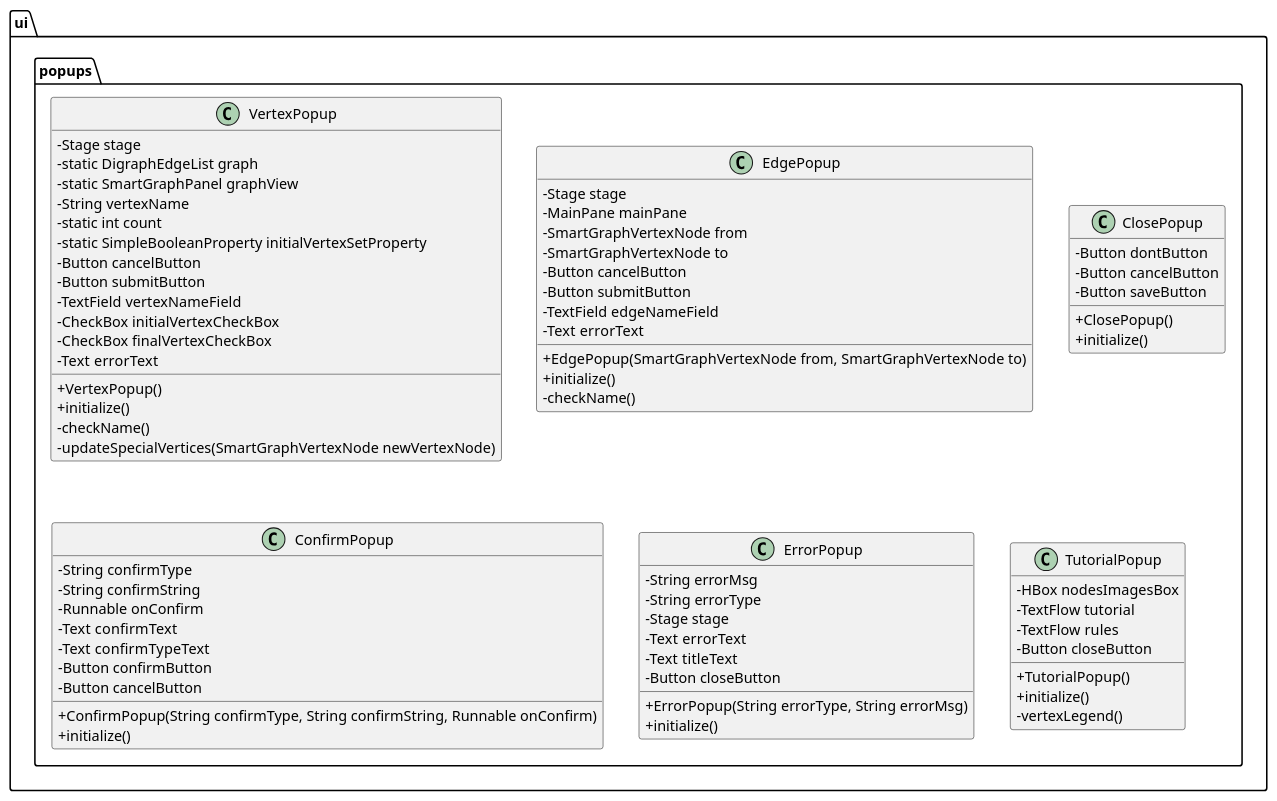
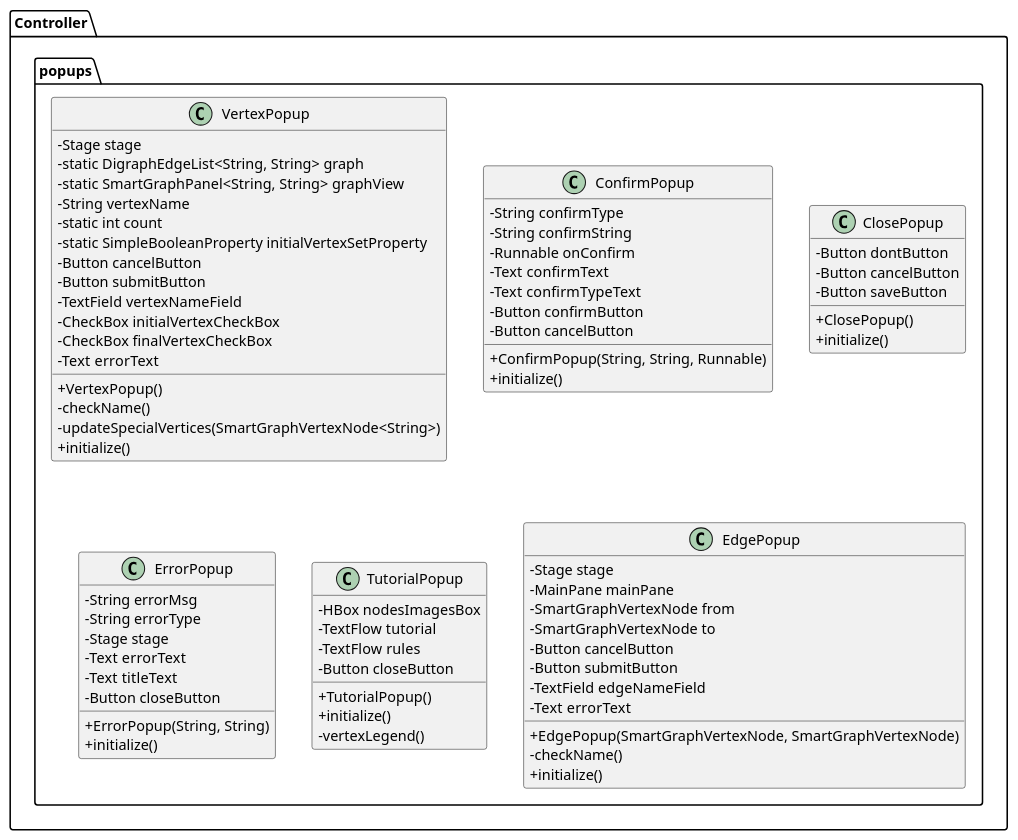
Before and after one commit to ZenoBogoni/Word-Automata: the diagram in plantUML/Popups.puml, drawn with PlantUML. The commit also changed 11 other files, not shown here.

```diff
--- a/plantUML/Popups.puml
+++ b/plantUML/Popups.puml
@@ -1,76 +1,78 @@
 @startuml
 
-package ui.popups {
+package Controller.popups {
    skinparam classAttributeIconSize 0
-    class VertexPopup {
-        - Stage stage
-        - static DigraphEdgeList graph
-        - static SmartGraphPanel graphView
-        - String vertexName
-        - static int count
-        - static SimpleBooleanProperty initialVertexSetProperty
-        - Button cancelButton
-        - Button submitButton
-        - TextField vertexNameField
-        - CheckBox initialVertexCheckBox
-        - CheckBox finalVertexCheckBox
-        - Text errorText
-        + VertexPopup()
-        + initialize()
-        - checkName()
-        - updateSpecialVertices(SmartGraphVertexNode newVertexNode)
-    }
-    class EdgePopup {
-        - Stage stage
-        - MainPane mainPane
-        - SmartGraphVertexNode from
-        - SmartGraphVertexNode to
-        - Button cancelButton
-        - Button submitButton
-        - TextField edgeNameField
-        - Text errorText
-        + EdgePopup(SmartGraphVertexNode from, SmartGraphVertexNode to)
-        + initialize()
-        - checkName()
-    }   
-    class ClosePopup {
-        - Button dontButton
-        - Button cancelButton
-        - Button saveButton
-        + ClosePopup()
-        + initialize()
-    }
-    class ConfirmPopup {
-        - String confirmType
-        - String confirmString
-        - Runnable onConfirm
-        - Text confirmText
-        - Text confirmTypeText
-        - Button confirmButton
-        - Button cancelButton
-        + ConfirmPopup(String confirmType, String confirmString, Runnable onConfirm)
-        + initialize()
-    } 
-    class ErrorPopup {
-        - String errorMsg
-        - String errorType
-        - Stage stage
-        - Text errorText
-        - Text titleText
-        - Button closeButton
-        + ErrorPopup(String errorType, String errorMsg)
-        + initialize()
-    }
-    class TutorialPopup {
-        - HBox nodesImagesBox
-        - TextFlow tutorial
-        - TextFlow rules
-        - Button closeButton
-        + TutorialPopup()
-        + initialize()
-        - vertexLegend()
-    }
     
+class VertexPopup {
+    - Stage stage
+    - static DigraphEdgeList<String, String> graph
+    - static SmartGraphPanel<String, String> graphView
+    - String vertexName
+    - static int count
+    - static SimpleBooleanProperty initialVertexSetProperty
+    - Button cancelButton
+    - Button submitButton
+    - TextField vertexNameField
+    - CheckBox initialVertexCheckBox
+    - CheckBox finalVertexCheckBox
+    - Text errorText
+    + VertexPopup()
+    - checkName()
+    - updateSpecialVertices(SmartGraphVertexNode<String>)
+    + initialize()
+}
+class ConfirmPopup {
+    - String confirmType
+    - String confirmString
+    - Runnable onConfirm
+    - Text confirmText
+    - Text confirmTypeText
+    - Button confirmButton
+    - Button cancelButton
+    + ConfirmPopup(String, String, Runnable)
+    + initialize()
+}  
+class ClosePopup {
+    - Button dontButton
+    - Button cancelButton
+    - Button saveButton
+    + ClosePopup()
+    + initialize()
+}   
+
+class ErrorPopup {
+    - String errorMsg
+    - String errorType
+    - Stage stage
+    - Text errorText
+    - Text titleText
+    - Button closeButton
+    + ErrorPopup(String, String)
+    + initialize()
+}
+class TutorialPopup {
+    - HBox nodesImagesBox
+    - TextFlow tutorial
+    - TextFlow rules
+    - Button closeButton
+    + TutorialPopup()
+    + initialize()
+    - vertexLegend()
+}
+class EdgePopup {
+    - Stage stage
+    - MainPane mainPane
+    - SmartGraphVertexNode from
+    - SmartGraphVertexNode to
+    - Button cancelButton
+    - Button submitButton
+    - TextField edgeNameField
+    - Text errorText
+    + EdgePopup(SmartGraphVertexNode, SmartGraphVertexNode)
+    - checkName()
+    + initialize()
+}
+
 }
 
 @enduml
```
